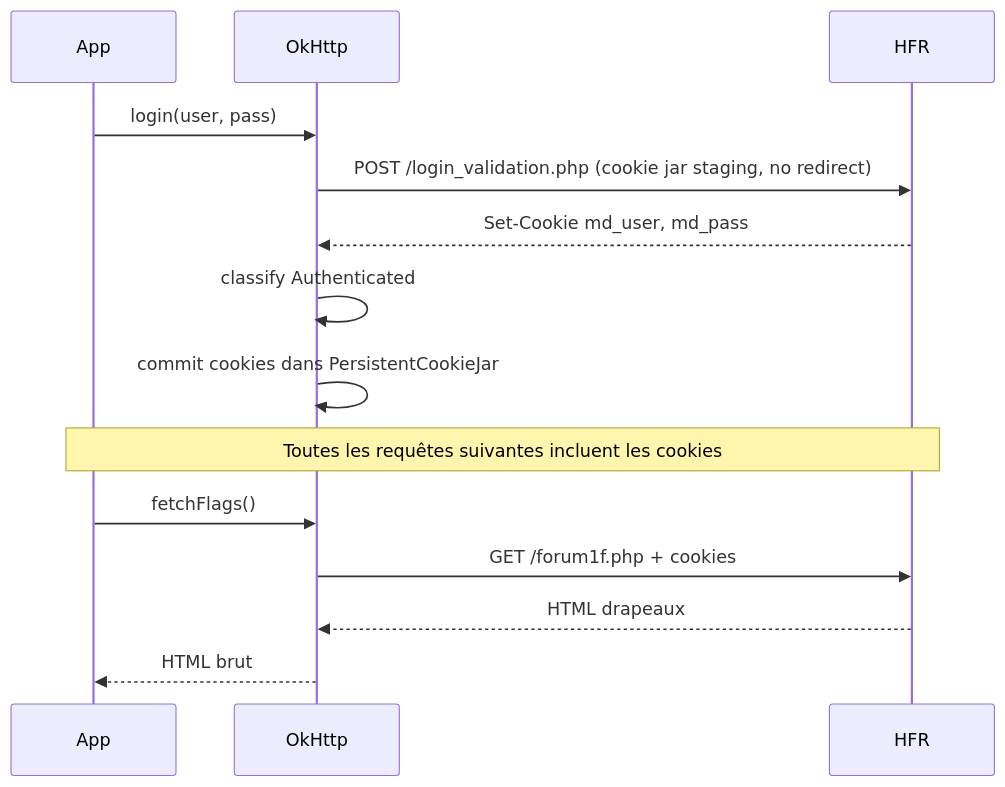
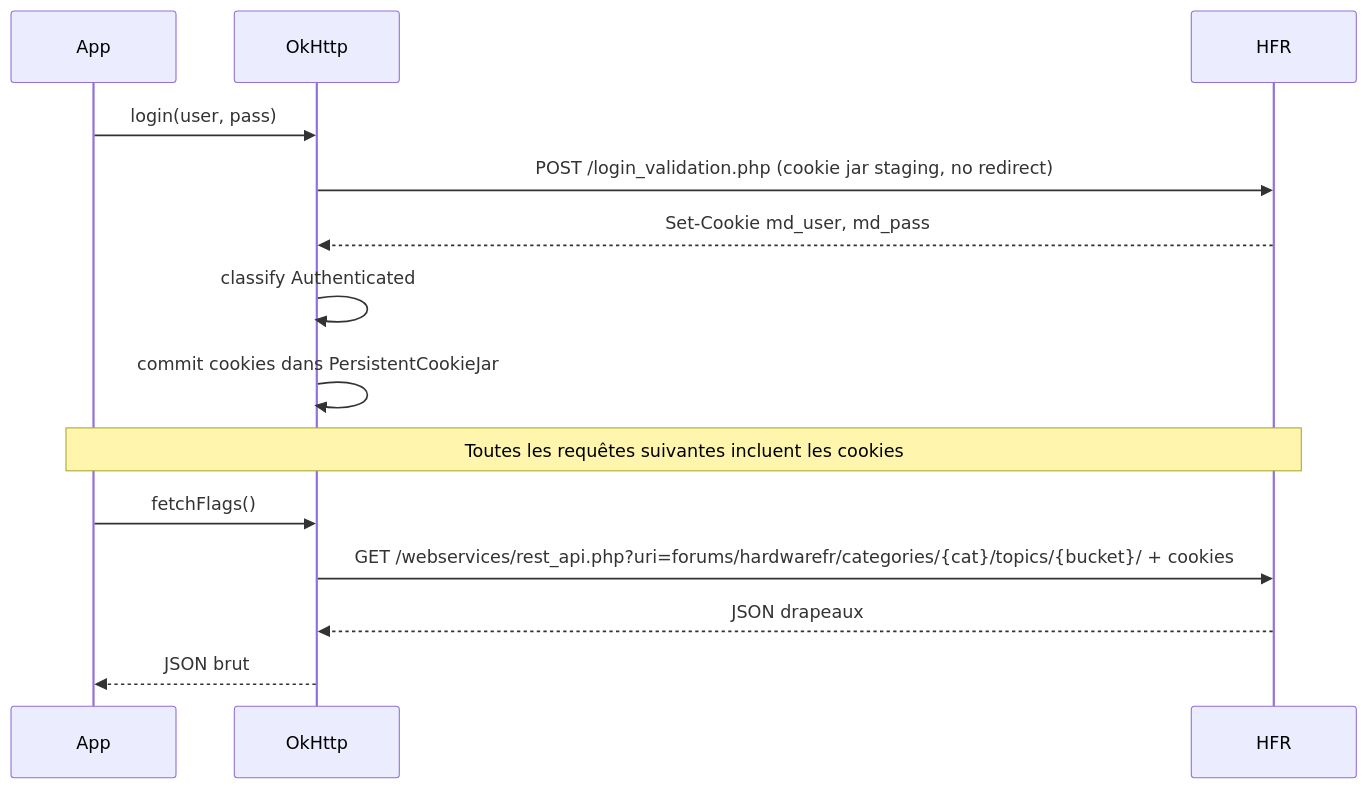
The third of 3 diagrams in docs/specs/architecture.md (ForumHFR/redface2), drawn with Mermaid before and after one commit. The commit also changed other lines of this file and 32 other files, not shown here.

Commit message:
feat(flags): migrate drapeaux to REST (#112)

````diff
--- a/docs/specs/architecture.md
+++ b/docs/specs/architecture.md
@@ -385,19 +383,19 @@
 ```mermaid
 sequenceDiagram
     participant App
     participant OkHttp
     participant HFR
 
     App->>OkHttp: login(user, pass)
     OkHttp->>HFR: POST /login_validation.php (cookie jar staging, no redirect)
     HFR-->>OkHttp: Set-Cookie md_user, md_pass
     OkHttp->>OkHttp: classify Authenticated
     OkHttp->>OkHttp: commit cookies dans PersistentCookieJar
 
     Note over App,HFR: Toutes les requêtes suivantes incluent les cookies
 
     App->>OkHttp: fetchFlags()
-    OkHttp->>HFR: GET /forum1f.php + cookies
-    HFR-->>OkHttp: HTML drapeaux
-    OkHttp-->>App: HTML brut
+    OkHttp->>HFR: GET /webservices/rest_api.php?uri=forums/hardwarefr/categories/{cat}/topics/{bucket}/ + cookies
+    HFR-->>OkHttp: JSON drapeaux
+    OkHttp-->>App: JSON brut
 ```
````
